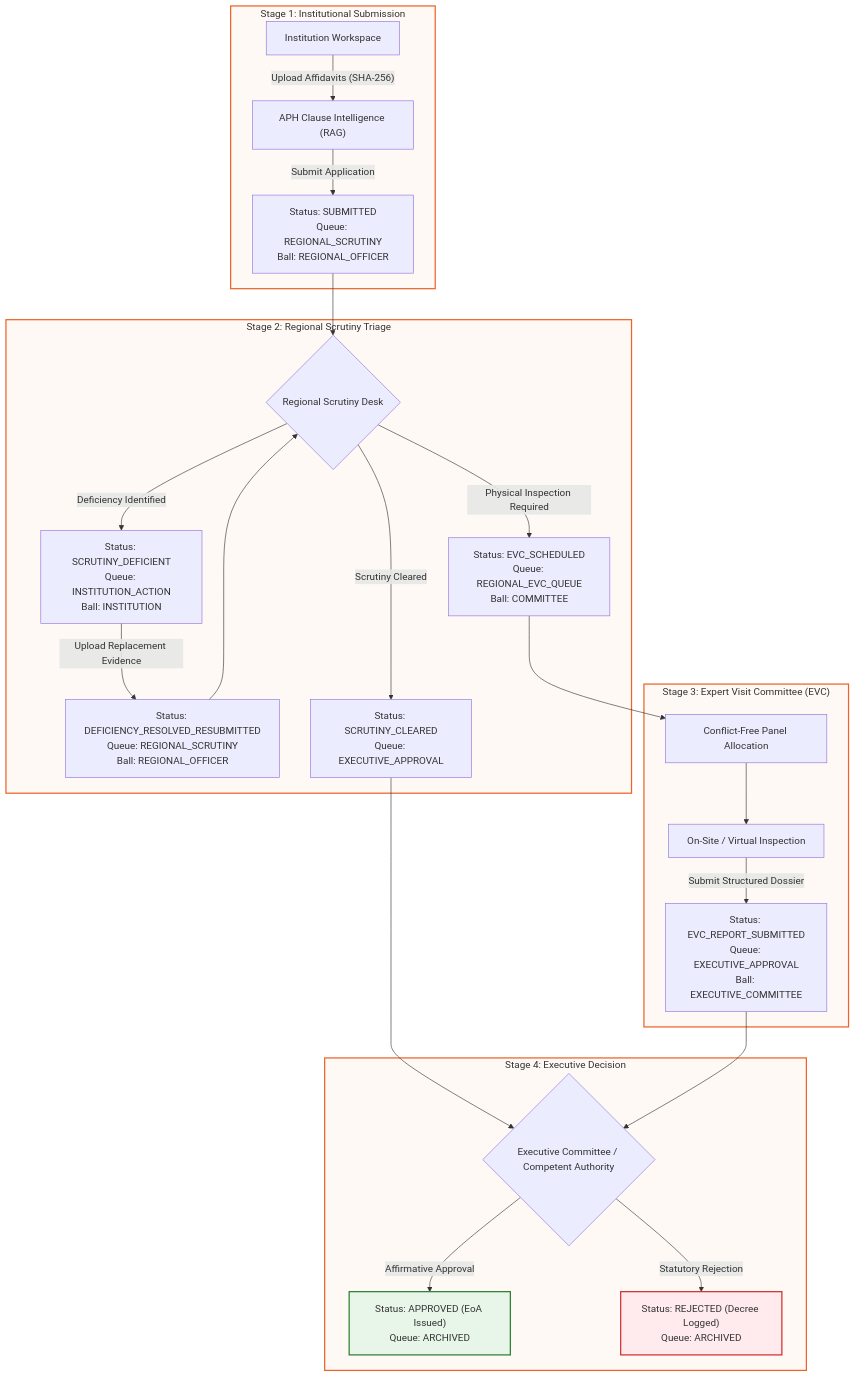
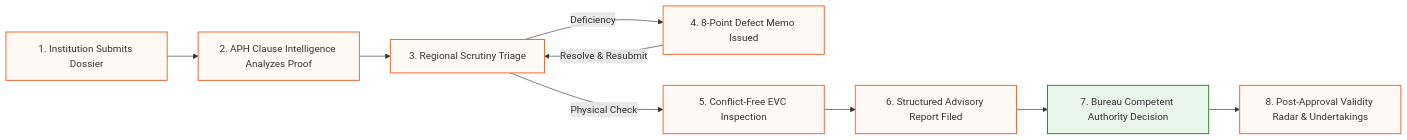
Before and after one commit to LavanyaRev/SAMAY: the first of 4 diagrams in README.md, drawn with Mermaid. The commit also changed other lines of this file and 1 other file, not shown here.

Commit message:
docs: enrich README with complete 27-section statutory regulatory architecture, APH workflows, and demonstration guide

````diff
--- a/README.md
+++ b/README.md
@@ -80,36 +128,16 @@
 ```mermaid
-flowchart TD
-    subgraph S1["Stage 1: Institutional Submission"]
-        A["Institution Workspace"] -->|"Upload Affidavits (SHA-256)"| B["APH Clause Intelligence (RAG)"]
-        B -->|"Submit Application"| C["Status: SUBMITTED<br/>Queue: REGIONAL_SCRUTINY<br/>Ball: REGIONAL_OFFICER"]
-    end
+flowchart LR
+    A["1. Institution Submits Dossier"] --> B["2. APH Clause Intelligence Analyzes Proof"]
+    B --> C["3. Regional Scrutiny Triage"]
+    C -->|"Deficiency"| D["4. 8-Point Defect Memo Issued"]
+    D -->|"Resolve & Resubmit"| C
+    C -->|"Physical Check"| E["5. Conflict-Free EVC Inspection"]
+    E --> F["6. Structured Advisory Report Filed"]
+    F --> G["7. Bureau Competent Authority Decision"]
+    G --> H["8. Post-Approval Validity Radar & Undertakings"]
 
-    subgraph S2["Stage 2: Regional Scrutiny Triage"]
-        C --> D{"Regional Scrutiny Desk"}
-        D -->|"Deficiency Identified"| E["Status: SCRUTINY_DEFICIENT<br/>Queue: INSTITUTION_ACTION<br/>Ball: INSTITUTION"]
-        E -->|"Upload Replacement Evidence"| F["Status: DEFICIENCY_RESOLVED_RESUBMITTED<br/>Queue: REGIONAL_SCRUTINY<br/>Ball: REGIONAL_OFFICER"]
-        F --> D
-        D -->|"Scrutiny Cleared"| G["Status: SCRUTINY_CLEARED<br/>Queue: EXECUTIVE_APPROVAL"]
-        D -->|"Physical Inspection Required"| H["Status: EVC_SCHEDULED<br/>Queue: REGIONAL_EVC_QUEUE<br/>Ball: COMMITTEE"]
-    end
-
-    subgraph S3["Stage 3: Expert Visit Committee (EVC)"]
-        H --> I["Conflict-Free Panel Allocation"]
-        I --> J["On-Site / Virtual Inspection"]
-        J -->|"Submit Structured Dossier"| K["Status: EVC_REPORT_SUBMITTED<br/>Queue: EXECUTIVE_APPROVAL<br/>Ball: EXECUTIVE_COMMITTEE"]
-    end
-
-    subgraph S4["Stage 4: Executive Decision"]
-        G --> L{"Executive Committee / Competent Authority"}
-        K --> L
-        L -->|"Affirmative Approval"| M["Status: APPROVED (EoA Issued)<br/>Queue: ARCHIVED"]
-        L -->|"Statutory Rejection"| N["Status: REJECTED (Decree Logged)<br/>Queue: ARCHIVED"]
-    end
-
-    classDef stage fill:#FFF9F5,stroke:#EC642A,stroke-width:2px;
-    classDef success fill:#E8F5E9,stroke:#2E7D32,stroke-width:2px;
-    classDef danger fill:#FFEBEE,stroke:#D32F2F,stroke-width:2px;
-    class S1,S2,S3,S4 stage;
-    class M success;
-    class N danger;
+    classDef proc fill:#FFF9F5,stroke:#EC642A,stroke-width:1.5px;
+    classDef dec fill:#E8F5E9,stroke:#2E7D32,stroke-width:1.5px;
+    class A,B,C,D,E,F,H proc;
+    class G dec;
 ```
````
